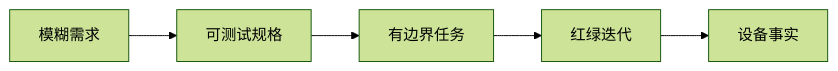
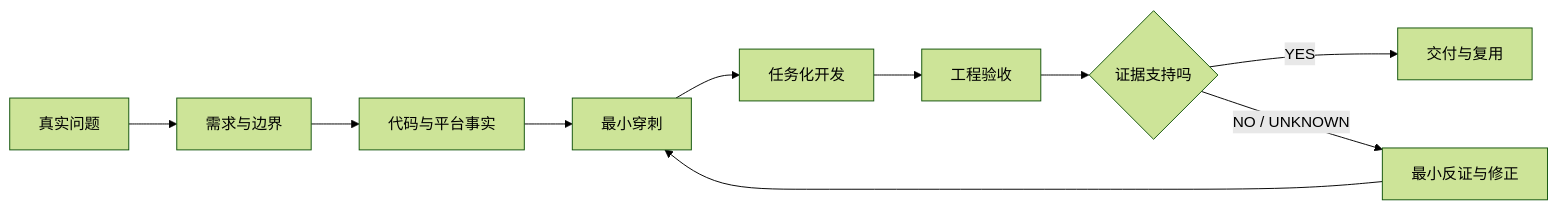
Before and after one commit to xiaomu120413/harmonyos-sdd-ralph-workshop: the first of 12 diagrams in harmonyos-sdd-ralph-workshop.md, drawn with Mermaid (forest theme). The commit also changed other lines of this file and 6 other files, not shown here.

````diff
--- a/harmonyos-sdd-ralph-workshop.md
+++ b/harmonyos-sdd-ralph-workshop.md
@@ -44,7 +44,12 @@
 ```mermaid
 flowchart LR
-    A[模糊需求] --> B[可测试规格]
-    B --> C[有边界任务]
-    C --> D[红绿迭代]
-    D --> E[设备事实]
+    A[真实问题] --> B[需求与边界]
+    B --> C[代码与平台事实]
+    C --> D[最小穿刺]
+    D --> E[任务化开发]
+    E --> F[工程验收]
+    F --> G{证据支持吗}
+    G -->|YES| H[交付与复用]
+    G -->|NO / UNKNOWN| I[最小反证与修正]
+    I --> D
 ```
````
